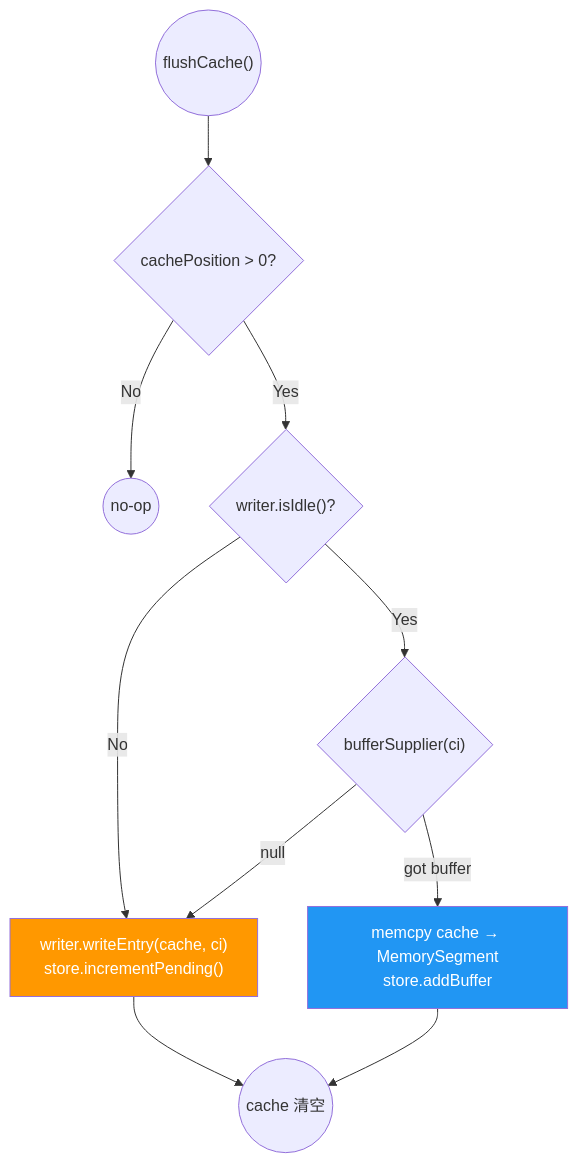
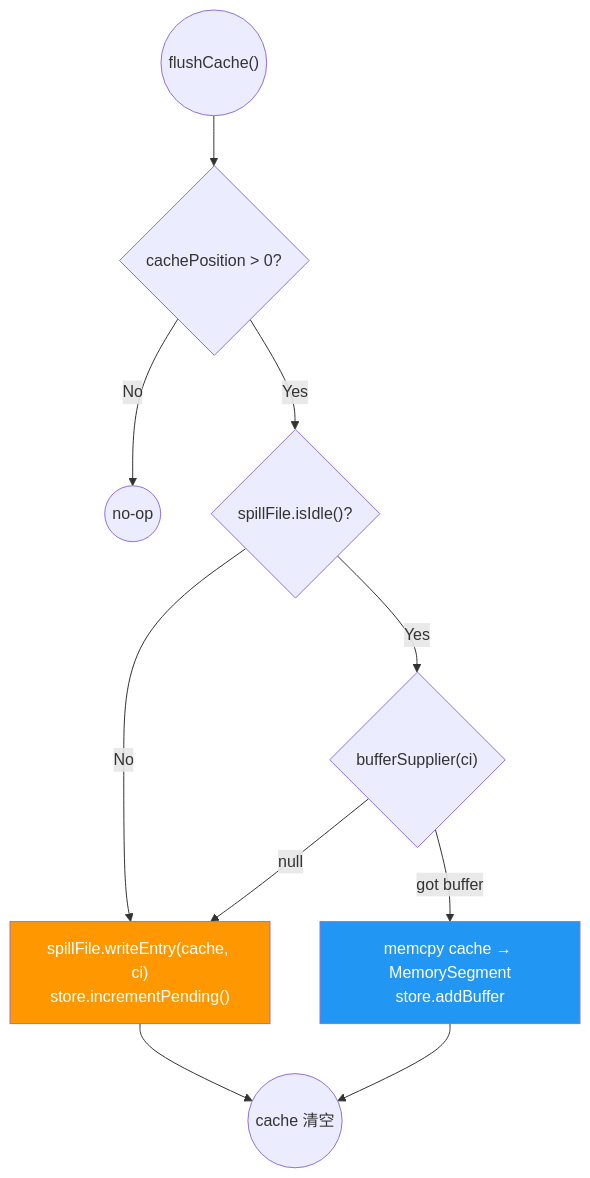
Before and after one commit to 1996fanrui/flink: the fifth of 7 diagrams in requirements/38544/data_flow.md, drawn with Mermaid. The commit also changed other lines of this file and 9 other files, not shown here.

First line of the commit message:
[FLINK-38544][docs] Rename recovery callbacks/APIs and collapse FilteredSpillFile.Writer

````diff
--- a/requirements/38544/data_flow.md
+++ b/requirements/38544/data_flow.md
@@ -127,19 +127,19 @@
 ```mermaid
 flowchart TD
     F(("flushCache()")) --> Empty{"cachePosition > 0?"}
     Empty -- No --> Nop(("no-op"))
-    Empty -- Yes --> IsIdle{"writer.isIdle()?"}
+    Empty -- Yes --> IsIdle{"spillFile.isIdle()?"}
 
     IsIdle -- No --> P2
     IsIdle -- Yes --> ReqBuf{"bufferSupplier(ci)"}
     ReqBuf -- null --> P2
     ReqBuf -- got buffer --> P1["memcpy cache → MemorySegment<br/>store.addBuffer"]
 
-    P2["writer.writeEntry(cache, ci)<br/>store.incrementPending()"]
+    P2["spillFile.writeEntry(cache, ci)<br/>store.incrementPending()"]
 
     P1 --> Reset(("cache 清空"))
     P2 --> Reset
 
     style P1 fill:#2196F3,color:#fff
     style P2 fill:#FF9800,color:#fff
 ```
````
